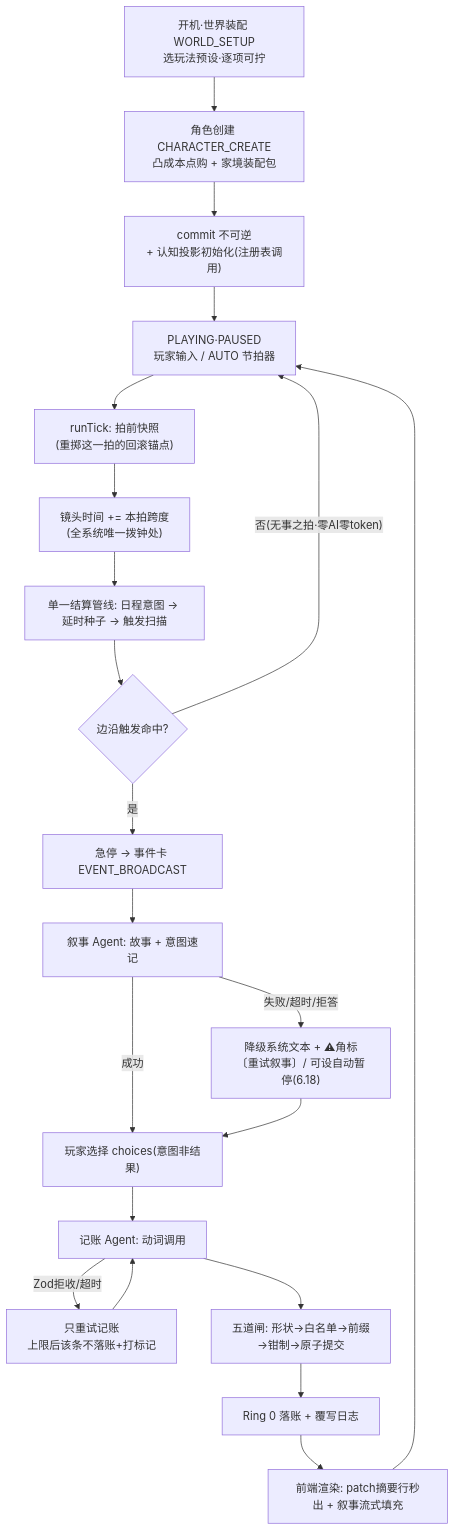
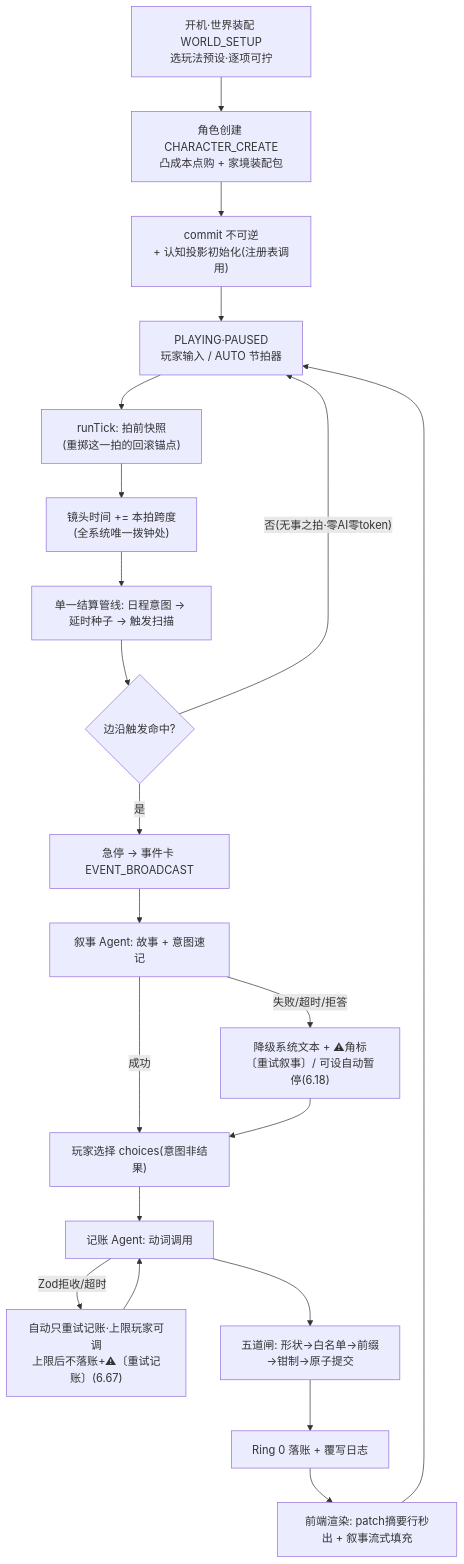
The diagram in docs/spec/blueprint.md (didhogg/AI_LIFE_SIMULATOR), drawn with Mermaid before and after one commit. The commit also changed other lines of this file and 19 other files, not shown here.

First line of the commit message:
Fix migration 人称 + hook-applied schema/engine/test expansions

````diff
--- a/docs/spec/blueprint.md
+++ b/docs/spec/blueprint.md
@@ -53,23 +53,23 @@
 ```mermaid
 flowchart TD
     S0["开机·世界装配 WORLD_SETUP<br>选玩法预设·逐项可拧"] --> S1["角色创建 CHARACTER_CREATE<br>凸成本点购 + 家境装配包"]
     S1 --> S2["commit 不可逆<br>+ 认知投影初始化(注册表调用)"]
     S2 --> A["PLAYING·PAUSED<br>玩家输入 / AUTO 节拍器"]
     A --> B["runTick: 拍前快照<br>(重掷这一拍的回滚锚点)"]
     B --> C["镜头时间 += 本拍跨度<br>(全系统唯一拨钟处)"]
     C --> D["单一结算管线: 日程意图 → 延时种子 → 触发扫描"]
     D --> E{"边沿触发命中?"}
     E -- "否(无事之拍·零AI零token)" --> A
     E -- 是 --> F["急停 → 事件卡 EVENT_BROADCAST"]
     F --> G["叙事 Agent: 故事 + 意图速记"]
     G -- 成功 --> H["玩家选择 choices(意图非结果)"]
     G -- "失败/超时/拒答" --> G2["降级系统文本 + ⚠角标<br>〔重试叙事〕/ 可设自动暂停(6.18)"]
     G2 --> H
     H --> I["记账 Agent: 动词调用"]
-    I -- "Zod拒收/超时" --> I2["只重试记账<br>上限后该条不落账+打标记"]
+    I -- "Zod拒收/超时" --> I2["自动只重试记账·上限玩家可调<br>上限后不落账+⚠〔重试记账〕(6.67)"]
     I2 --> I
     I --> J["五道闸: 形状→白名单→前缀→钳制→原子提交"]
     J --> K["Ring 0 落账 + 覆写日志"]
     K --> L["前端渲染: patch摘要行秒出 + 叙事流式填充"]
     L --> A
 ```
````
